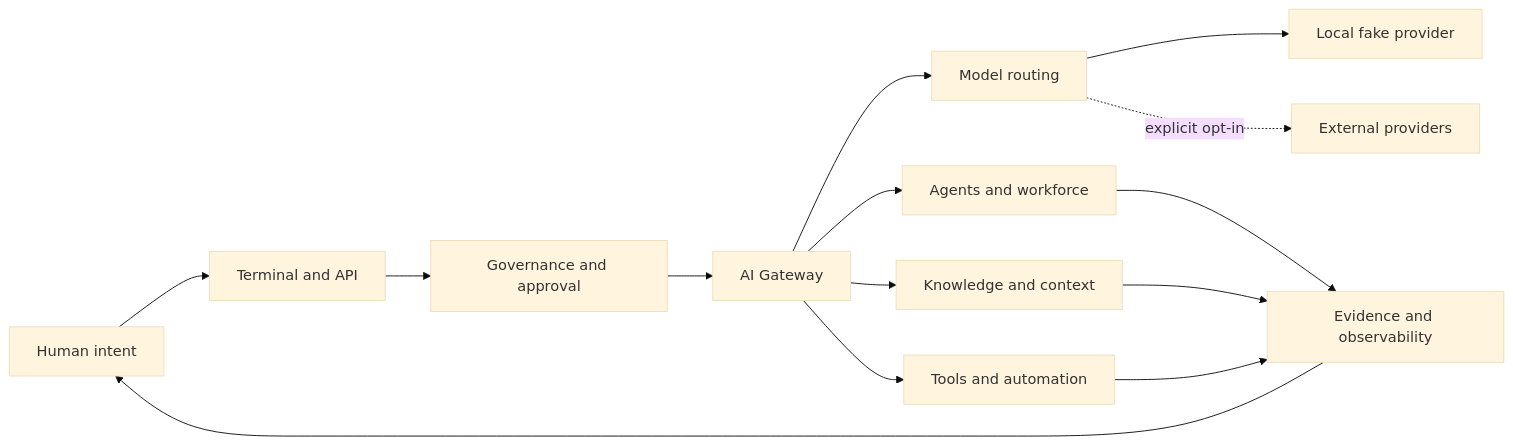
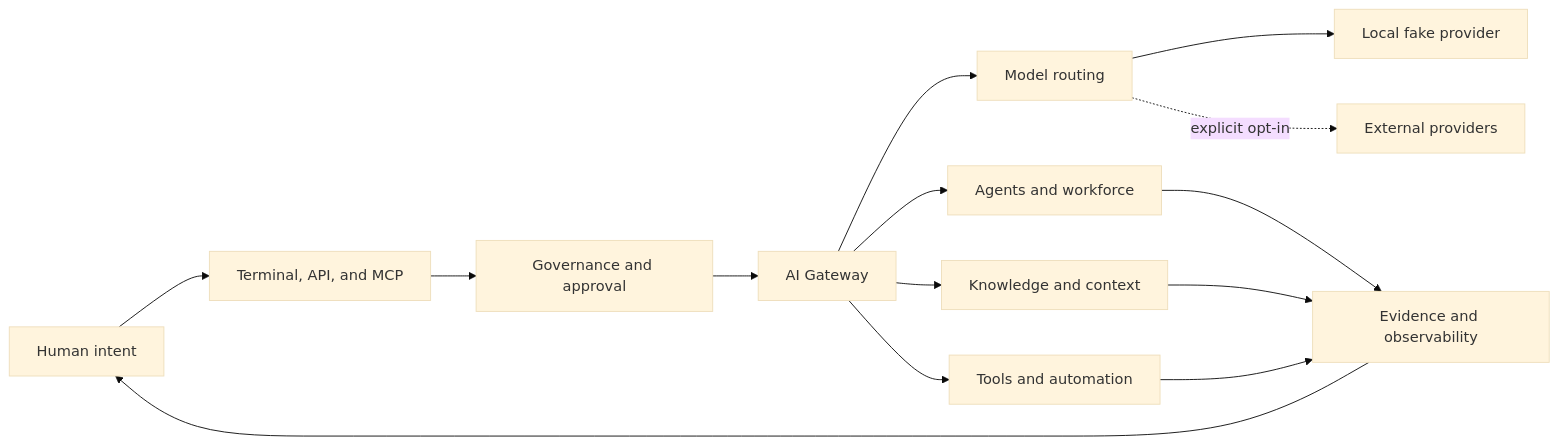
Before and after one commit to happy520ai/unified-ai-system: the diagram in README.md, drawn with Mermaid (base theme). The commit also changed other lines of this file and 23 other files, not shown here.

````diff
--- a/README.md
+++ b/README.md
@@ -172,16 +190,16 @@
 ```mermaid
 flowchart LR
-    H["Human intent"] --> W["Terminal and API"]
+    H["Human intent"] --> W["Terminal, API, and MCP"]
     W --> G["Governance and approval"]
     G --> R["AI Gateway"]
     R --> M["Model routing"]
     R --> A["Agents and workforce"]
     R --> K["Knowledge and context"]
     R --> T["Tools and automation"]
     M --> L["Local fake provider"]
     M -. "explicit opt-in" .-> P["External providers"]
     A --> E["Evidence and observability"]
     K --> E
     T --> E
     E --> H
 ```
````
